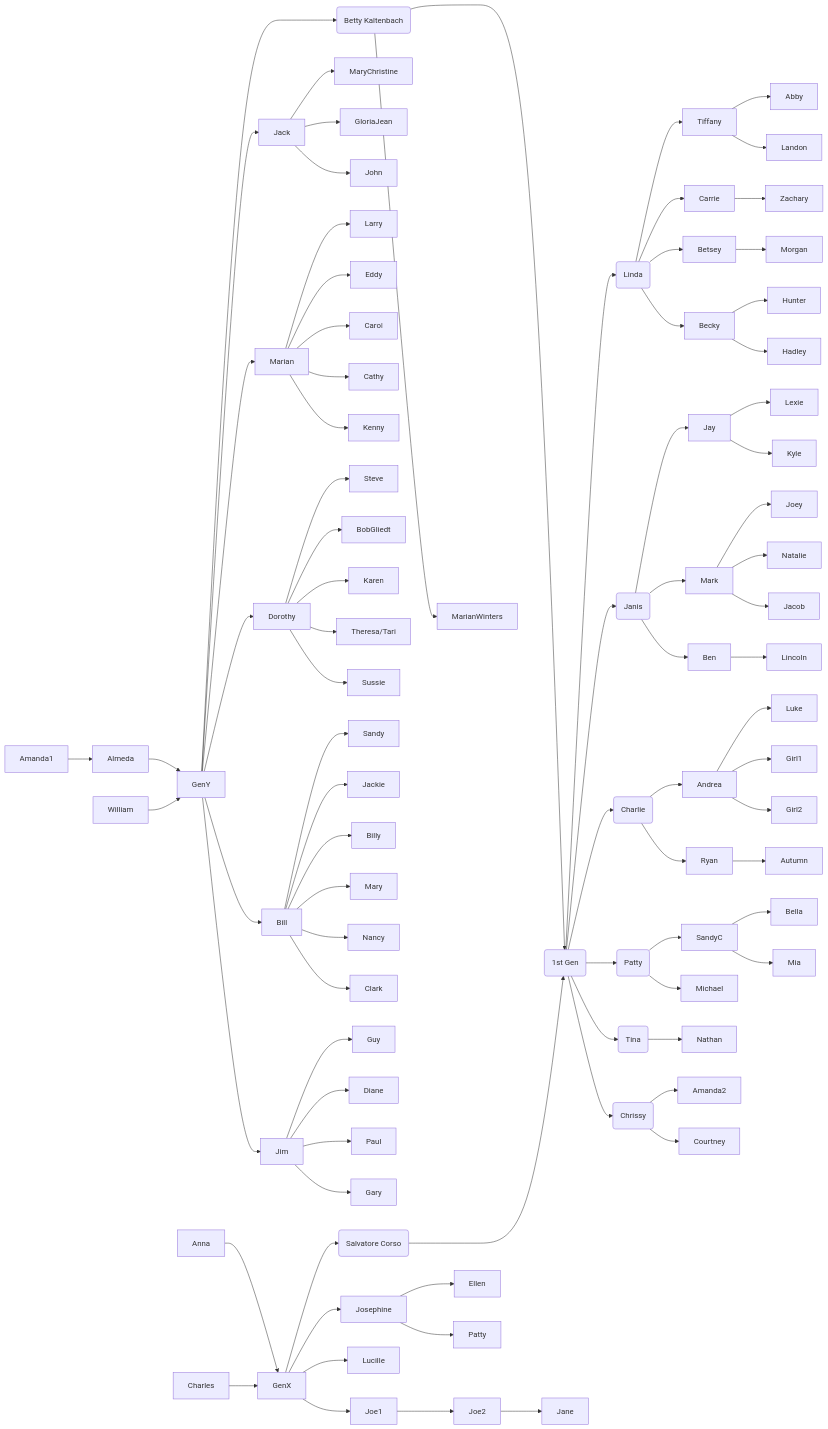
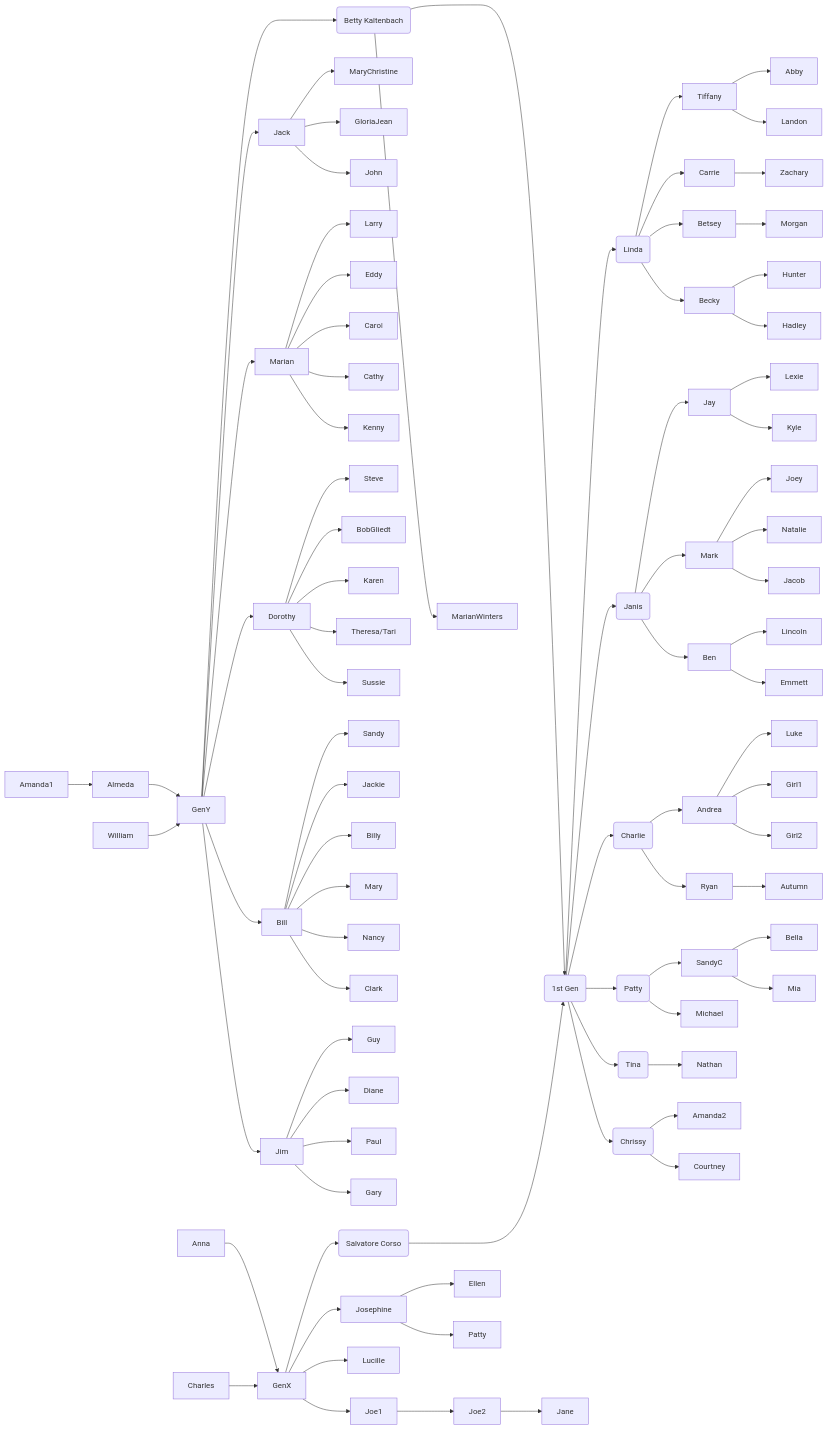
Before and after one commit to corsokalte/corsokalte.github.io: the diagram in _posts/2023-03-04-Family Genealogy.md, drawn with Mermaid.

Commit message:
Add Emmett

```diff
--- a/_posts/2023-03-04-Family Genealogy.md
+++ b/_posts/2023-03-04-Family Genealogy.md
@@ -101,6 +101,7 @@
 S3 --> Ben
 
 Ben --> Lincoln
+Ben --> Emmett
 
 S4 --> Andrea
 
```
